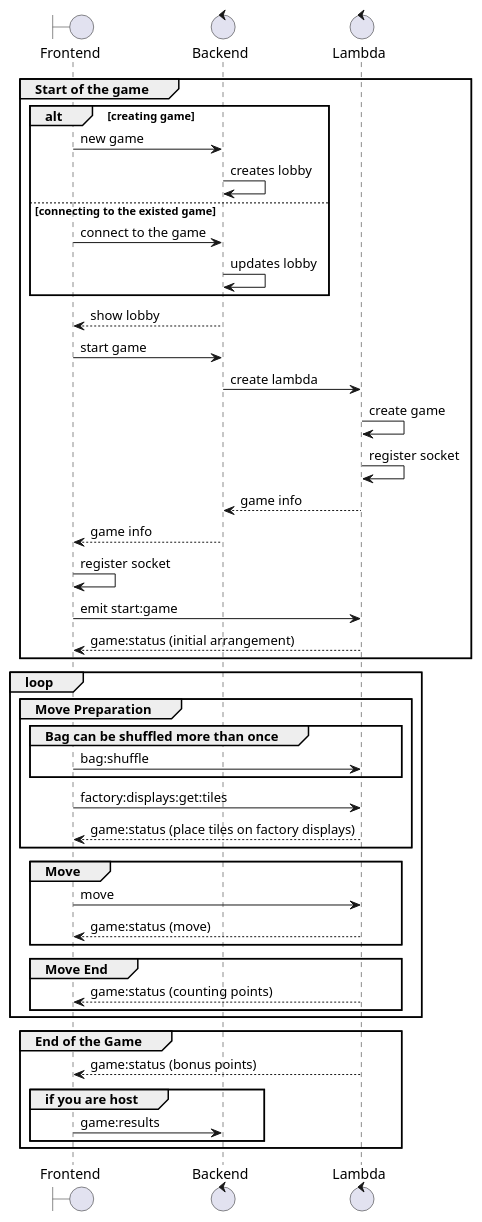
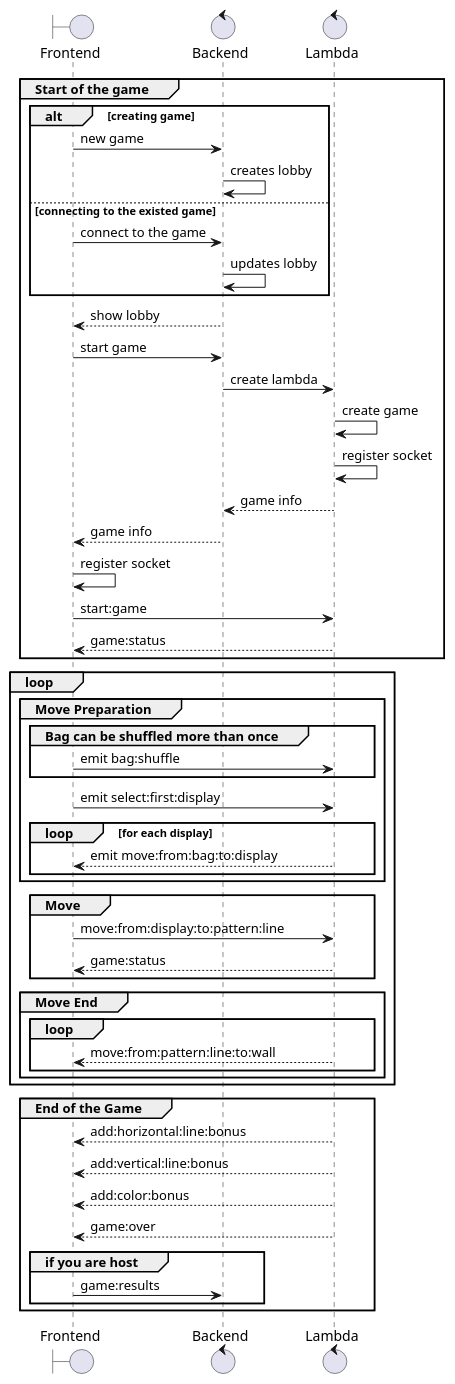
The diagram in design/game-process.puml (ArtemNikolaev/azul), drawn with PlantUML before and after one commit.

Commit message:
design(game-process): changes

```diff
--- a/design/game-process.puml
+++ b/design/game-process.puml
@@ -1,57 +1,65 @@
 @startuml
 
 boundary Frontend as fe order 10
 control Backend as be order 20
 control Lambda as l order 30
 
 group Start of the game
     alt creating game
         fe -> be: new game
         be -> be: creates lobby
     else connecting to the existed game
         fe -> be: connect to the game
         be -> be: updates lobby
     end
     be --> fe:  show lobby
 
     fe -> be: start game
 
     be -> l: create lambda
     l -> l: create game
     l -> l: register socket
     l --> be: game info
     be --> fe:  game info
     fe -> fe:  register socket
 
 
-    fe -> l: emit start:game
-    l --> fe:  game:status (initial arrangement)
+    fe -> l: start:game
+    l --> fe:  game:status
 end
 
 loop
     group Move Preparation
         group Bag can be shuffled more than once
-            fe -> l: bag:shuffle
+            fe -> l: emit bag:shuffle
         end
-        fe -> l: factory:displays:get:tiles
-        l --> fe:  game:status (place tiles on factory displays)
+        fe -> l: emit select:first:display
+
+        loop for each display
+            l --> fe : emit move:from:bag:to:display
+        end
     end
 
     group Move
-        fe -> l: move
-        l --> fe:  game:status (move)
+        fe -> l: move:from:display:to:pattern:line
+        l --> fe:  game:status
     end
 
     group Move End
-        l --> fe:  game:status (counting points)
+        loop
+            l --> fe:  move:from:pattern:line:to:wall
+        end
     end
 end
 
 group End of the Game
-    l --> fe:  game:status (bonus points)
+    l --> fe: add:horizontal:line:bonus
+    l --> fe: add:vertical:line:bonus
+    l --> fe: add:color:bonus
+    l --> fe: game:over
     group if you are host
         fe -> be: game:results
     end
 end
 
 @enduml
```
